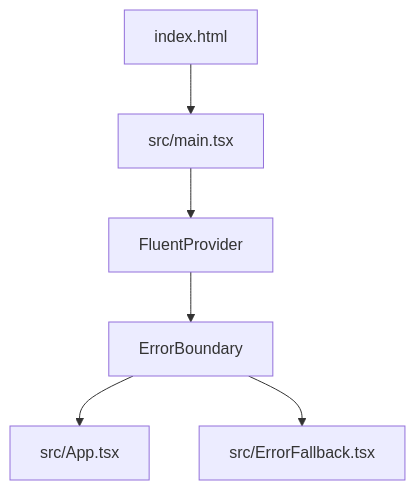
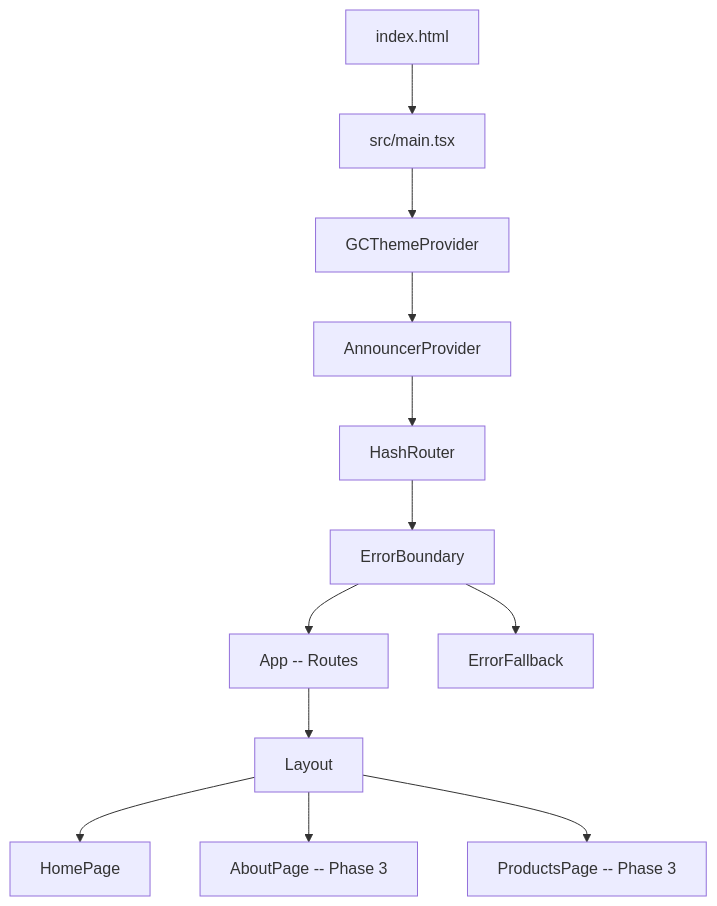
Before and after one commit to eva-foundry/45-aicoe-page: the first of 2 diagrams in ARCHITECTURE.md, drawn with Mermaid. The commit also changed other lines of this file and 50 other files, not shown here.

````diff
--- a/ARCHITECTURE.md
+++ b/ARCHITECTURE.md
@@ -14,8 +76,14 @@
 ```mermaid
 flowchart TD
   A[index.html] --> B[src/main.tsx]
-  B --> C[FluentProvider]
-  C --> D[ErrorBoundary]
-  D --> E[src/App.tsx]
-  D --> F[src/ErrorFallback.tsx]
+  B --> GC[GCThemeProvider]
+  GC --> AP[AnnouncerProvider]
+  AP --> HR[HashRouter]
+  HR --> EB[ErrorBoundary]
+  EB --> APP[App -- Routes]
+  APP --> LY[Layout]
+  LY --> HP[HomePage]
+  LY --> AB[AboutPage -- Phase 3]
+  LY --> PR[ProductsPage -- Phase 3]
+  EB --> EF[ErrorFallback]
 ```
````
